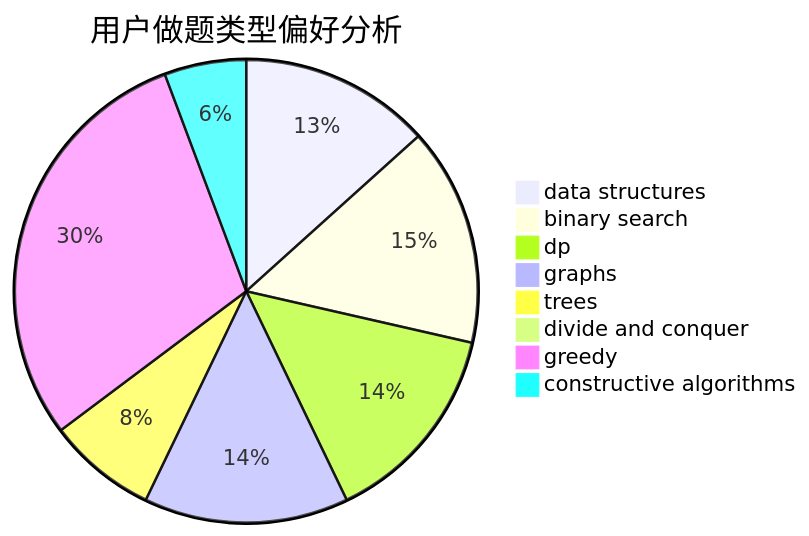
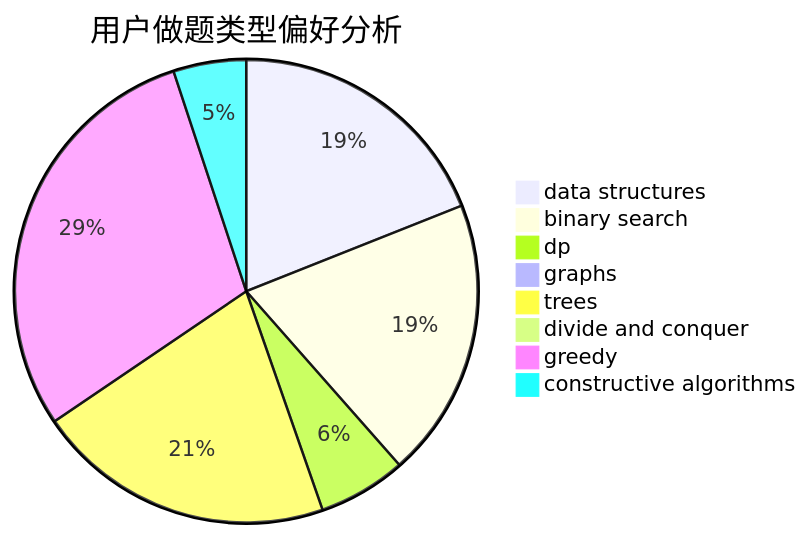
One commit to sherpahu/cfrs.github.io changed the second of 3 diagrams in docs/user/u2337.md. Above: the diagram before and after it, drawn with Mermaid. The commit also changed other lines of this file and 2770 other files, not shown here.

````diff
--- a/docs/user/u2337.md
+++ b/docs/user/u2337.md
@@ -23,11 +23,11 @@
 ```mermaid
 pie title 用户做题类型偏好分析
-    "data structures" :  14
-    "binary search" :  16
-    "dp" :  15
-    "graphs" :  15
-    "trees" :  8
+    "data structures" :  71
+    "binary search" :  73
+    "dp" :  23
+    "graphs" :  2
+    "trees" :  78
     "divide and conquer" :  0
-    "greedy" :  31
-    "constructive algorithms" :  6
+    "greedy" :  110
+    "constructive algorithms" :  19
 ```
````
